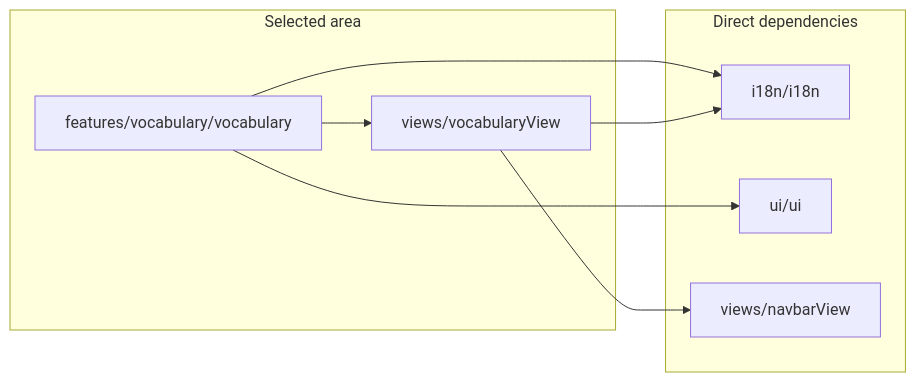
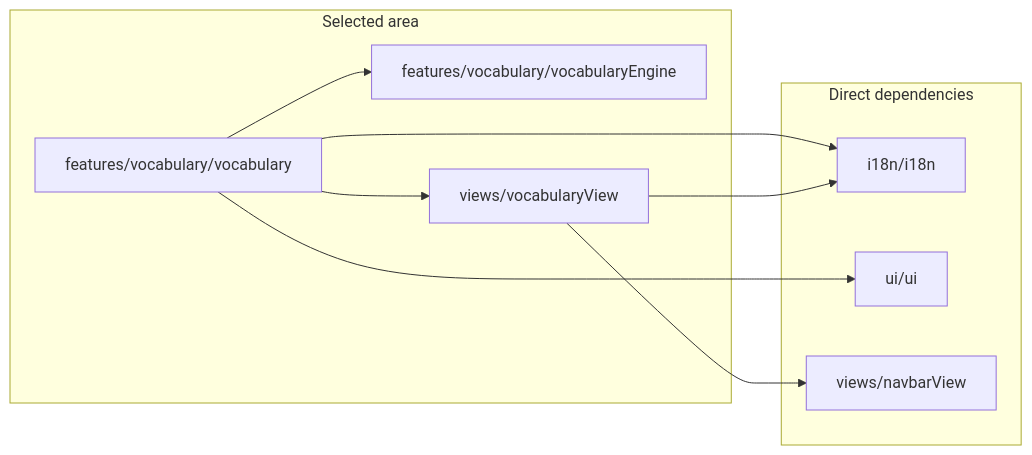
The tenth of 11 diagrams in docs/dependency-graph.md (temsahak-rgb/Dino-5monde), drawn with Mermaid before and after one commit. The commit also changed other lines of this file and 6 other files, not shown here.

````diff
--- a/docs/dependency-graph.md
+++ b/docs/dependency-graph.md
@@ -289,17 +289,19 @@
 ```mermaid
 flowchart LR
     subgraph S["Selected area"]
         M0["features/vocabulary/vocabulary"]
-        M1["views/vocabularyView"]
+        M1["features/vocabulary/vocabularyEngine"]
+        M2["views/vocabularyView"]
     end
     subgraph D["Direct dependencies"]
-        M2["i18n/i18n"]
-        M3["ui/ui"]
-        M4["views/navbarView"]
+        M3["i18n/i18n"]
+        M4["ui/ui"]
+        M5["views/navbarView"]
     end
+    M0 --> M1
+    M0 --> M3
+    M0 --> M4
     M0 --> M2
-    M0 --> M3
-    M0 --> M1
-    M1 --> M2
-    M1 --> M4
+    M2 --> M3
+    M2 --> M5
 ```
````
